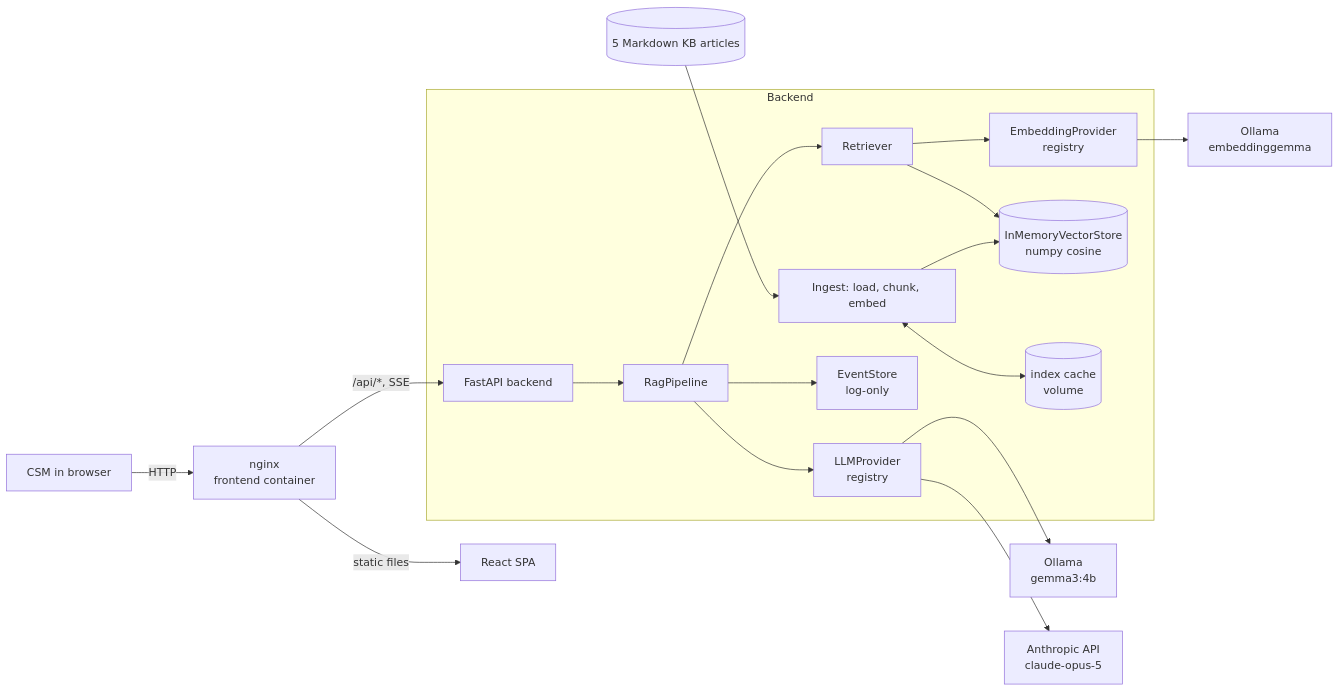
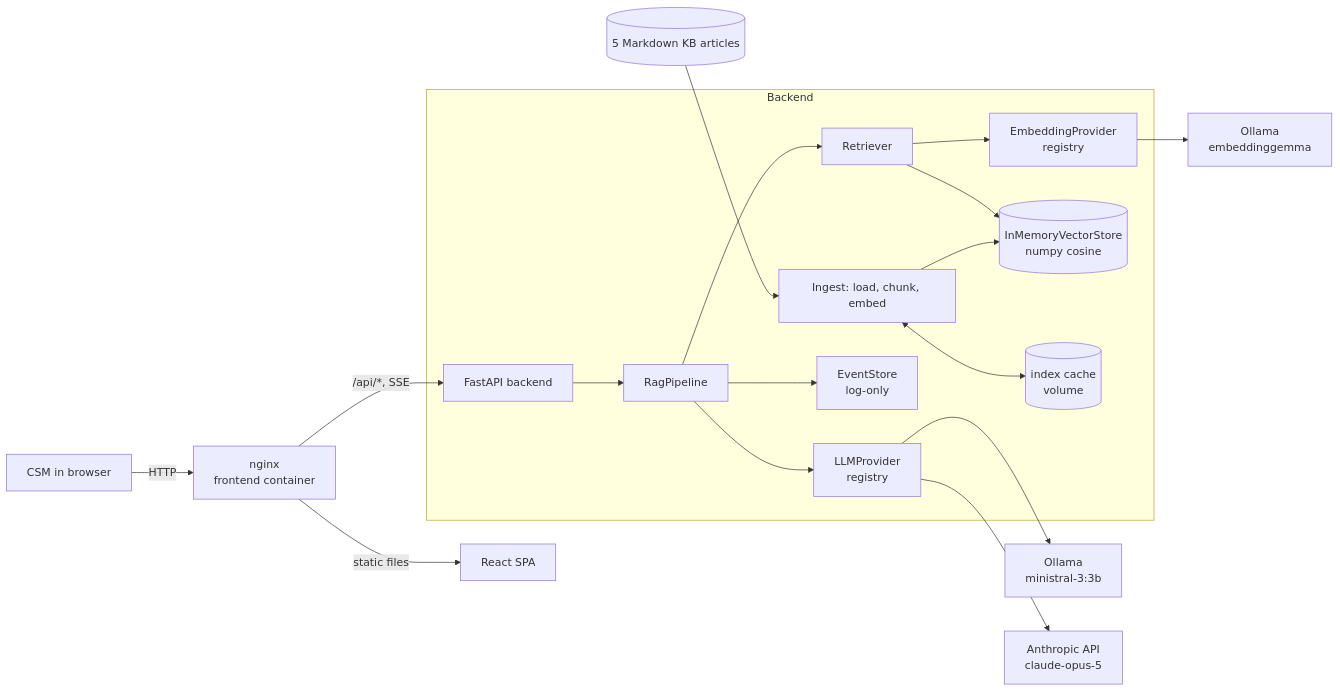
One commit to sarkiszhamakortsyan/ep_kb_rag_chatbot changed the diagram in README.md. Above: the diagram before and after it, drawn with Mermaid. The commit also changed other lines of this file and 15 other files, not shown here.

````diff
--- a/README.md
+++ b/README.md
@@ -59,22 +59,22 @@
 ```mermaid
 flowchart LR
     U[CSM in browser] -->|HTTP| N[nginx<br/>frontend container]
     N -->|static files| SPA[React SPA]
     N -->|/api/*, SSE| API[FastAPI backend]
 
     subgraph Backend
         API --> P[RagPipeline]
         P --> R[Retriever]
         R --> E[EmbeddingProvider<br/>registry]
         R --> VS[(InMemoryVectorStore<br/>numpy cosine)]
         P --> L[LLMProvider<br/>registry]
         P --> EV[EventStore<br/>log-only]
         I["Ingest: load, chunk, embed"] --> VS
         I <--> C[(index cache<br/>volume)]
     end
 
     E --> O[Ollama<br/>embeddinggemma]
-    L --> O2[Ollama<br/>gemma3:4b]
+    L --> O2[Ollama<br/>ministral-3:3b]
     L --> A[Anthropic API<br/>claude-opus-5]
     KB[(5 Markdown KB articles)] --> I
 ```
````
